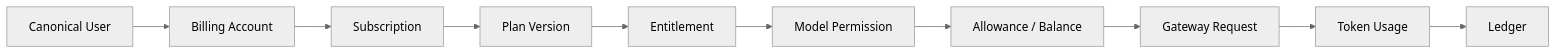
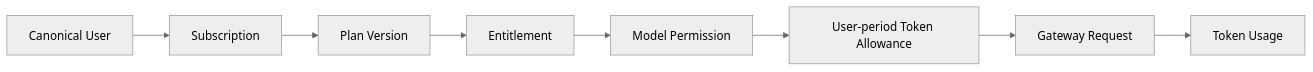
Before and after one commit to glide-the/dream-im-platform: the first of 4 diagrams in docs/architecture/ink-dream-memory/06-billing-subscription-gateway-integration.md, drawn with Mermaid (neutral theme). The commit also changed other lines of this file and 53 other files, not shown here.

First line of the commit message:
feat: implement subscription token model with monthly cycle and constraints

````diff
--- a/docs/architecture/ink-dream-memory/06-billing-subscription-gateway-integration.md
+++ b/docs/architecture/ink-dream-memory/06-billing-subscription-gateway-integration.md
@@ -25,12 +27,10 @@
 ```mermaid
 flowchart LR
-  U["Canonical User"] --> B["Billing Account"]
-  B --> S["Subscription"]
+  U["Canonical User"] --> S["Subscription"]
   S --> V["Plan Version"]
   V --> E["Entitlement"]
   E --> P["Model Permission"]
-  P --> A["Allowance / Balance"]
+  P --> A["User-period Token Allowance"]
   A --> G["Gateway Request"]
   G --> T["Token Usage"]
-  T --> L["Ledger"]
 ```
````
